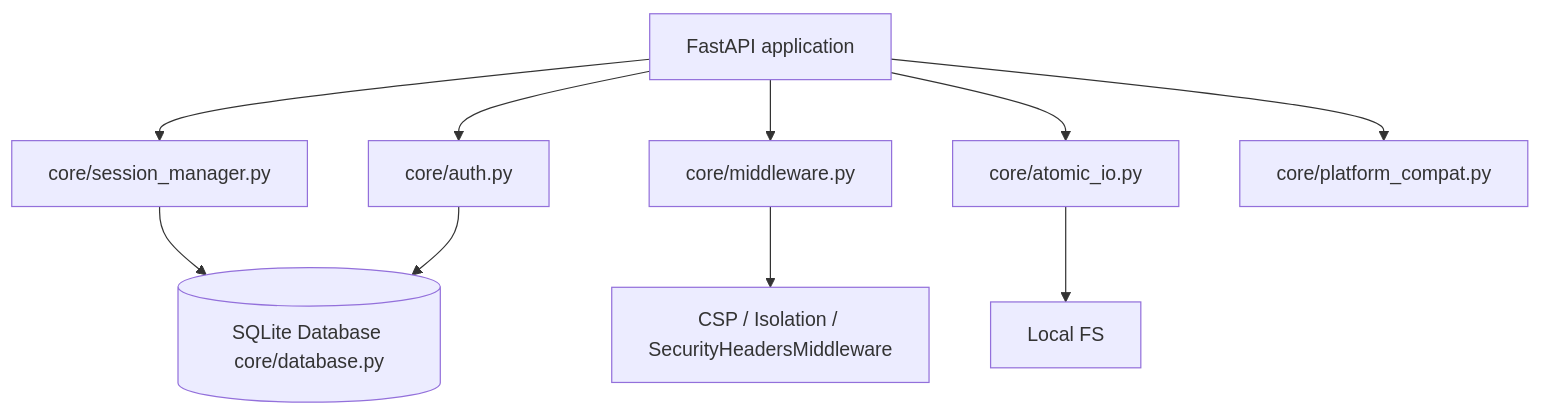
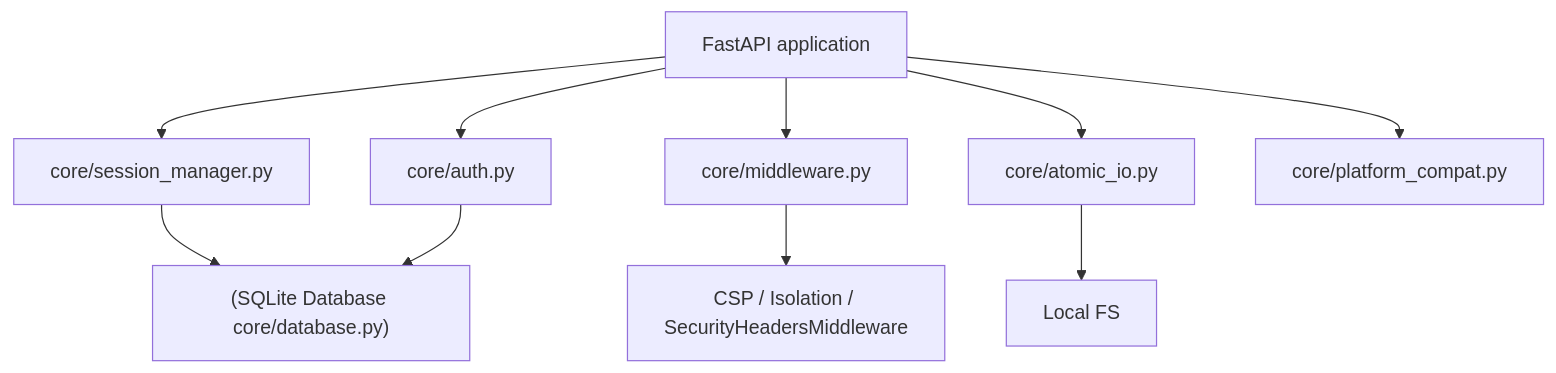
One commit to odysseus-dev/odysseus changed the seventh of 27 diagrams in docs/ARCHITECTURE.md. Above: the diagram before and after it, drawn with Mermaid. The commit also changed other lines of this file and 1 other file, not shown here.

First line of the commit message:
docs: perfect architecture document file references, formatting, and diagrams

````diff
--- a/docs/ARCHITECTURE.md
+++ b/docs/ARCHITECTURE.md
@@ -1512,12 +1526,12 @@
 ```mermaid
 graph TD
-    App[FastAPI application] --> Auth[core/auth.py]
-    App --> SessionMan[core/session_manager.py]
-    App --> Middleware[core/middleware.py]
-    App --> IO[core/atomic_io.py]
-    App --> OS[core/platform_compat.py]
-    SessionMan --> DB[(SQLite Database core/database.py)]
+    App["FastAPI application"] --> Auth["core/auth.py"]
+    App --> SessionMan["core/session_manager.py"]
+    App --> Middleware["core/middleware.py"]
+    App --> IO["core/atomic_io.py"]
+    App --> OS["core/platform_compat.py"]
+    SessionMan --> DB["(SQLite Database core/database.py)"]
     Auth --> DB
-    Middleware --> Security[CSP / Isolation / SecurityHeadersMiddleware]
-    IO --> Disk[Local FS]
+    Middleware --> Security["CSP / Isolation / SecurityHeadersMiddleware"]
+    IO --> Disk["Local FS"]
 ```
````
